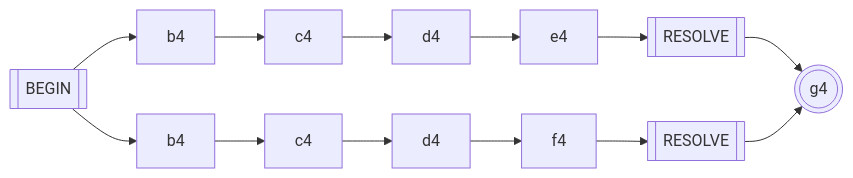
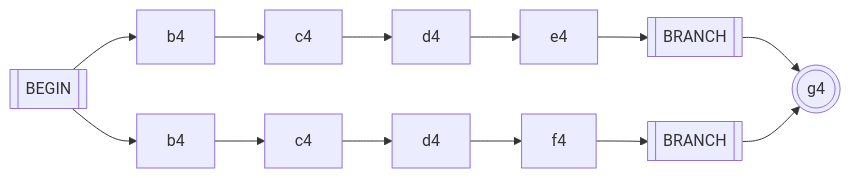
Diagram 23 of 27 in Blog/GLR-Refactoring/Mermaid.md (vczh-websites/vczh), drawn with Mermaid before and after one commit. The commit also changed other lines of this file, not shown here.

````diff
--- a/Blog/GLR-Refactoring/Mermaid.md
+++ b/Blog/GLR-Refactoring/Mermaid.md
@@ -606,6 +606,6 @@
 ```mermaid
 graph LR
-  S[[BEGIN]]-->b4_1[b4]-->c4_1[c4]-->d4_1[d4]-->e4_1[e4]-->R_1[[RESOLVE]]
-  S-->b4_2[b4]-->c4_2[c4]-->d4_2[d4]-->f4_2[f4]-->R_2[[RESOLVE]]
+  S[[BEGIN]]-->b4_1[b4]-->c4_1[c4]-->d4_1[d4]-->e4_1[e4]-->R_1[[BRANCH]]
+  S-->b4_2[b4]-->c4_2[c4]-->d4_2[d4]-->f4_2[f4]-->R_2[[BRANCH]]
   R_1 & R_2 --> g4(((g4)))
 ```
````
